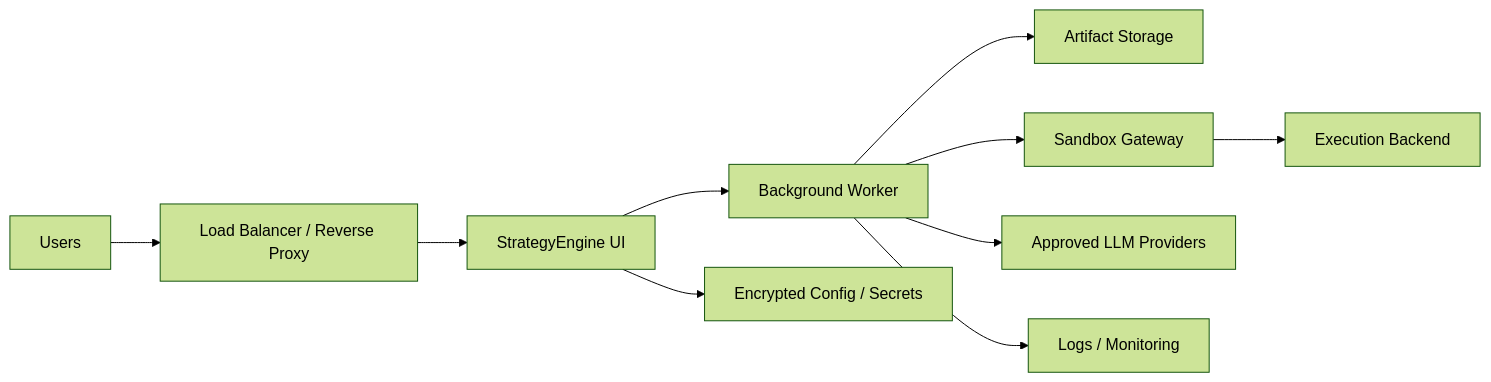
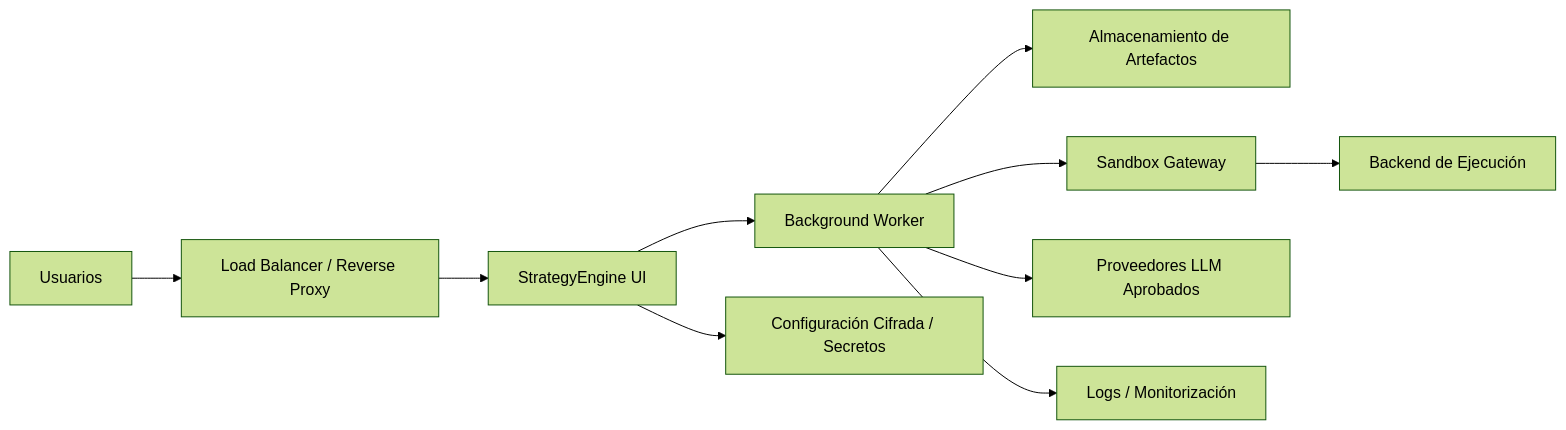
One commit to santimc98/StrategyEngine-AI changed the diagram in CUSTOMER_DEPLOYMENT_GUIDE.md. Above: the diagram before and after it, drawn with Mermaid (forest theme). The commit also changed other lines of this file and 3 other files, not shown here.

````diff
--- a/CUSTOMER_DEPLOYMENT_GUIDE.md
+++ b/CUSTOMER_DEPLOYMENT_GUIDE.md
@@ -145,12 +145,12 @@
 ```mermaid
 flowchart LR
-    U["Users"] --> LB["Load Balancer / Reverse Proxy"]
+    U["Usuarios"] --> LB["Load Balancer / Reverse Proxy"]
     LB --> UI["StrategyEngine UI"]
     UI --> W["Background Worker"]
-    UI --> S["Encrypted Config / Secrets"]
-    W --> A["Artifact Storage"]
+    UI --> S["Configuración Cifrada / Secretos"]
+    W --> A["Almacenamiento de Artefactos"]
     W --> G["Sandbox Gateway"]
-    G --> R["Execution Backend"]
-    W --> M["Approved LLM Providers"]
-    W --> L["Logs / Monitoring"]
+    G --> R["Backend de Ejecución"]
+    W --> M["Proveedores LLM Aprobados"]
+    W --> L["Logs / Monitorización"]
 ```
````
